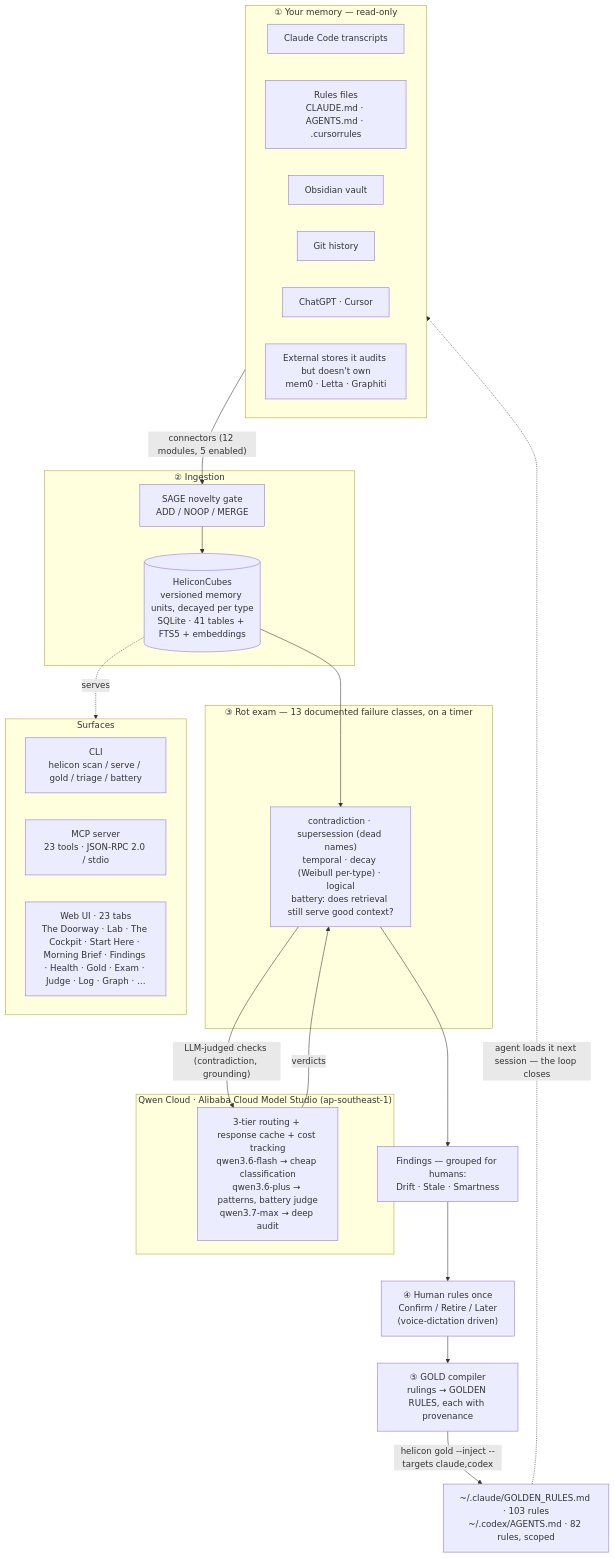
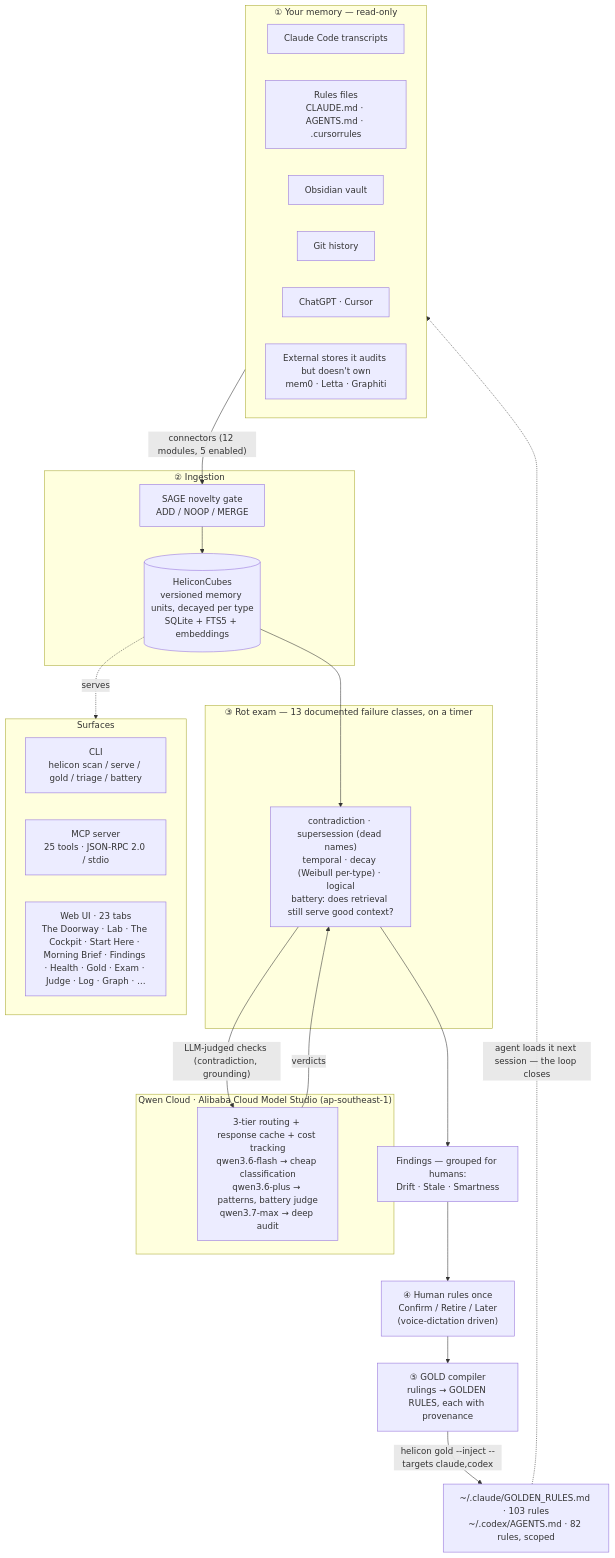
One commit to Morkeeth/mountain-of-helicon changed the first of 2 diagrams in ARCHITECTURE.md. Above: the diagram before and after it, drawn with Mermaid. The commit also changed other lines of this file and 11 other files, not shown here.

````diff
--- a/ARCHITECTURE.md
+++ b/ARCHITECTURE.md
@@ -11,45 +11,45 @@
 ```mermaid
 flowchart TD
   subgraph SRC["① Your memory — read-only"]
     A1["Claude Code transcripts"]
     A2["Rules files<br/>CLAUDE.md · AGENTS.md · .cursorrules"]
     A3["Obsidian vault"]
     A4["Git history"]
     A5["ChatGPT · Cursor"]
     A6["External stores it audits but doesn't own<br/>mem0 · Letta · Graphiti"]
   end
 
   SRC -->|"connectors (12 modules, 5 enabled)"| GATE
 
   subgraph INGEST["② Ingestion"]
     GATE["SAGE novelty gate<br/>ADD / NOOP / MERGE"]
-    CUBES[("HeliconCubes<br/>versioned memory units, decayed per type<br/>SQLite · 41 tables + FTS5 + embeddings")]
+    CUBES[("HeliconCubes<br/>versioned memory units, decayed per type<br/>SQLite + FTS5 + embeddings")]
     GATE --> CUBES
   end
 
   CUBES --> EXAM
 
   subgraph AUDIT["③ Rot exam — 13 documented failure classes, on a timer"]
     EXAM["contradiction · supersession (dead names)<br/>temporal · decay (Weibull per-type) · logical<br/>battery: does retrieval still serve good context?"]
   end
 
   EXAM -->|"LLM-judged checks (contradiction, grounding)"| QWEN
   QWEN -->|verdicts| EXAM
 
   subgraph QWENC["Qwen Cloud · Alibaba Cloud Model Studio (ap-southeast-1)"]
     QWEN["3-tier routing + response cache + cost tracking<br/>qwen3.6-flash → cheap classification<br/>qwen3.6-plus → patterns, battery judge<br/>qwen3.7-max → deep audit"]
   end
 
   EXAM --> FIND["Findings — grouped for humans:<br/>Drift · Stale · Smartness"]
   FIND --> HUMAN["④ Human rules once<br/>Confirm / Retire / Later<br/>(voice-dictation driven)"]
   HUMAN --> GOLD["⑤ GOLD compiler<br/>rulings → GOLDEN RULES, each with provenance"]
   GOLD -->|"helicon gold --inject --targets claude,codex"| INJECT["~/.claude/GOLDEN_RULES.md · 103 rules<br/>~/.codex/AGENTS.md · 82 rules, scoped"]
   INJECT -.->|"agent loads it next session — the loop closes"| SRC
 
   CUBES -.serves.-> SURF
   subgraph SURF["Surfaces"]
     CLI["CLI<br/>helicon scan / serve / gold / triage / battery"]
-    MCP["MCP server<br/>23 tools · JSON-RPC 2.0 / stdio"]
+    MCP["MCP server<br/>25 tools · JSON-RPC 2.0 / stdio"]
     WEB["Web UI · 23 tabs<br/>The Doorway · Lab · The Cockpit · Start Here · Morning Brief · Findings · Health · Gold · Exam · Judge · Log · Graph · …"]
   end
 ```
````
